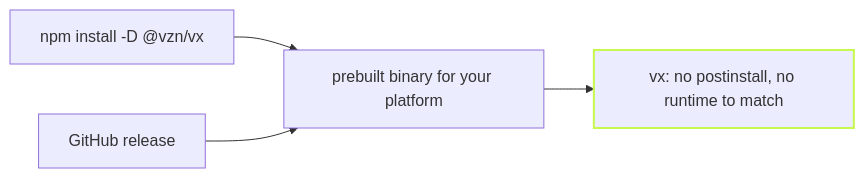
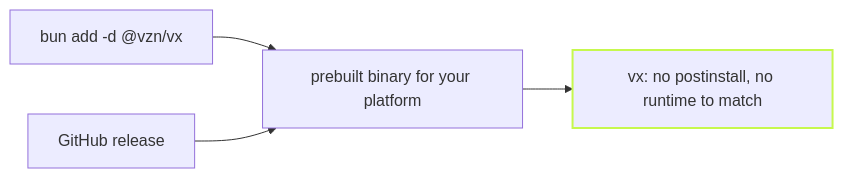
The diagram in packages/vx-docs/src/content/docs/blog/one-binary.md (vznjs/vx), drawn with Mermaid before and after one commit. The commit also changed other lines of this file and 59 other files, not shown here.

````diff
--- a/packages/vx-docs/src/content/docs/blog/one-binary.md
+++ b/packages/vx-docs/src/content/docs/blog/one-binary.md
@@ -17,7 +17,7 @@
 ```mermaid
 flowchart LR
-  N[npm install -D @vzn/vx] --> B[prebuilt binary for your platform]
+  N[bun add -d @vzn/vx] --> B[prebuilt binary for your platform]
   R[GitHub release] --> B
   B --> X[vx: no postinstall, no runtime to match]
   style X stroke:#c6f84e,stroke-width:2px
 ```
````
